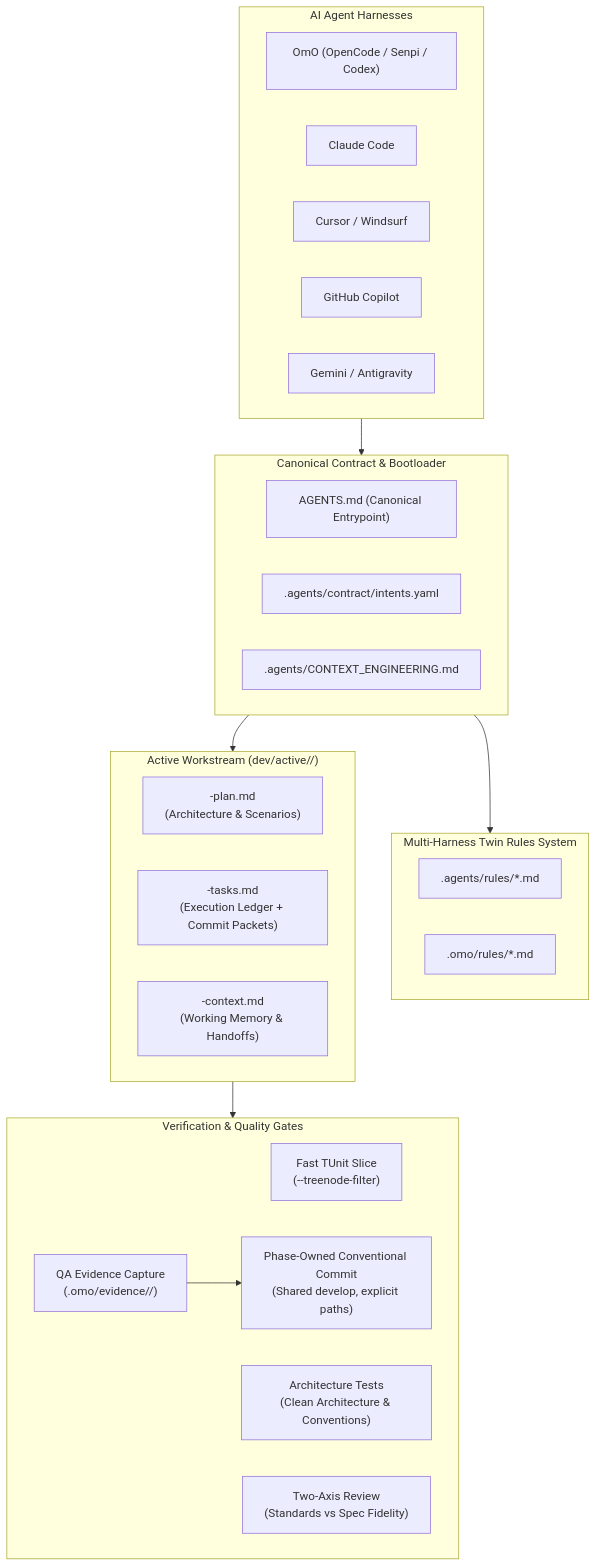
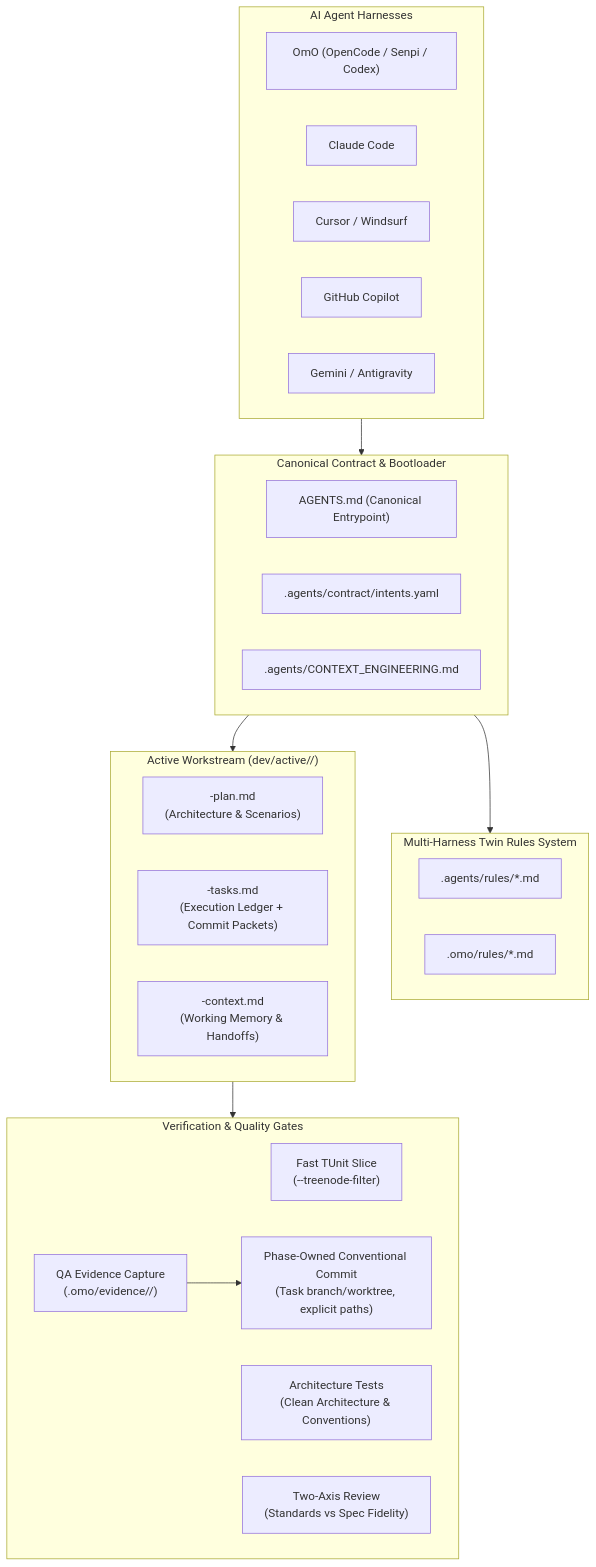
One commit to islamu-ngo/Explore changed the first of 8 diagrams in docs/AGENTIC_CONTEXT_ENGINEERING.md. Above: the diagram before and after it, drawn with Mermaid. The commit also changed other lines of this file and 8 other files, not shown here.

First line of the commit message:
docs(architecture): update agent skills, context engineering, and active ledgers

````diff
--- a/docs/AGENTIC_CONTEXT_ENGINEERING.md
+++ b/docs/AGENTIC_CONTEXT_ENGINEERING.md
@@ -27,41 +27,41 @@
 ```mermaid
 flowchart TB
     subgraph Harnesses["AI Agent Harnesses"]
         OmO["OmO (OpenCode / Senpi / Codex)"]
         Claude["Claude Code"]
         Cursor["Cursor / Windsurf"]
         Copilot["GitHub Copilot"]
         Gemini["Gemini / Antigravity"]
     end
 
     subgraph CoreContract["Canonical Contract & Bootloader"]
         AgentsMD["AGENTS.md (Canonical Entrypoint)"]
         IntentsYaml[".agents/contract/intents.yaml"]
         ContextEng[".agents/CONTEXT_ENGINEERING.md"]
     end
 
     subgraph TwinRules["Multi-Harness Twin Rules System"]
         AgentRules[".agents/rules/*.md"]
         OmoRules[".omo/rules/*.md"]
     end
 
     subgraph DevDocTriad["Active Workstream (dev/active/<task>/)"]
         PlanMD["<task>-plan.md\n(Architecture & Scenarios)"]
         TasksMD["<task>-tasks.md\n(Execution Ledger + Commit Packets)"]
         ContextMD["<task>-context.md\n(Working Memory & Handoffs)"]
     end
 
     subgraph Verification["Verification & Quality Gates"]
         TUnitFilter["Fast TUnit Slice\n(--treenode-filter)"]
         ArchTests["Architecture Tests\n(Clean Architecture & Conventions)"]
         TwoAxisReview["Two-Axis Review\n(Standards vs Spec Fidelity)"]
         EvidenceGate["QA Evidence Capture\n(.omo/evidence/<task>/)"]
-        PhaseCommit["Phase-Owned Conventional Commit\n(Shared develop, explicit paths)"]
+        PhaseCommit["Phase-Owned Conventional Commit\n(Task branch/worktree, explicit paths)"]
     end
 
     Harnesses --> CoreContract
     CoreContract --> TwinRules
     CoreContract --> DevDocTriad
     DevDocTriad --> Verification
     EvidenceGate --> PhaseCommit
 ```
````
